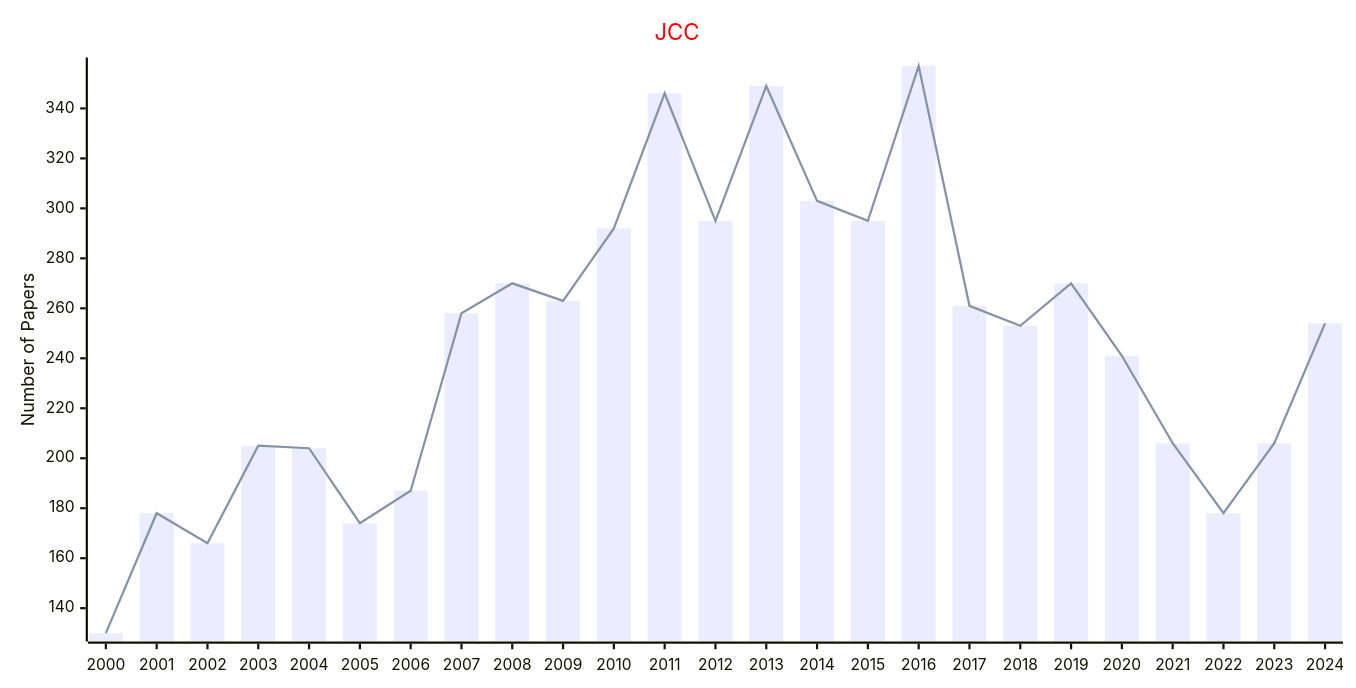
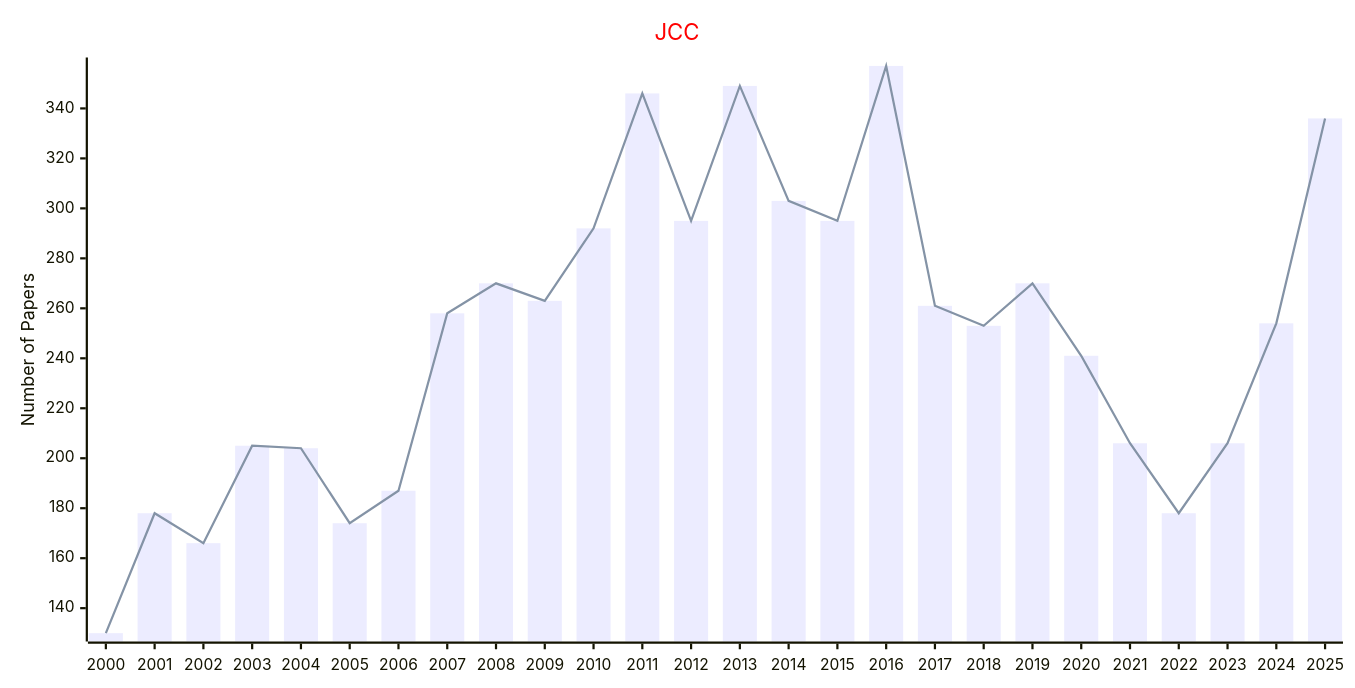
One commit to Easy-PhD/AILinks changed the diagram in docs/data/Journals/Statistics_Journals/Computational_Chemistry.md. Above: the diagram before and after it, drawn with Mermaid. The commit also changed 107 other files, not shown here.

````diff
--- a/docs/data/Journals/Statistics_Journals/Computational_Chemistry.md
+++ b/docs/data/Journals/Statistics_Journals/Computational_Chemistry.md
@@ -9,17 +9,17 @@
 ```mermaid
 ---
 config:
     xyChart:
         width: 1200
         height: 600
     themeVariables:
         xyChart:
             titleColor: "#ff0000"
 ---
 xychart-beta
     title "JCC"
-    x-axis [2000, 2001, 2002, 2003, 2004, 2005, 2006, 2007, 2008, 2009, 2010, 2011, 2012, 2013, 2014, 2015, 2016, 2017, 2018, 2019, 2020, 2021, 2022, 2023, 2024]
+    x-axis [2000, 2001, 2002, 2003, 2004, 2005, 2006, 2007, 2008, 2009, 2010, 2011, 2012, 2013, 2014, 2015, 2016, 2017, 2018, 2019, 2020, 2021, 2022, 2023, 2024, 2025]
     y-axis "Number of Papers"
-    bar [130, 178, 166, 205, 204, 174, 187, 258, 270, 263, 292, 346, 295, 349, 303, 295, 357, 261, 253, 270, 241, 206, 178, 206, 254]
-    line [130, 178, 166, 205, 204, 174, 187, 258, 270, 263, 292, 346, 295, 349, 303, 295, 357, 261, 253, 270, 241, 206, 178, 206, 254]
+    bar [130, 178, 166, 205, 204, 174, 187, 258, 270, 263, 292, 346, 295, 349, 303, 295, 357, 261, 253, 270, 241, 206, 178, 206, 254, 336]
+    line [130, 178, 166, 205, 204, 174, 187, 258, 270, 263, 292, 346, 295, 349, 303, 295, 357, 261, 253, 270, 241, 206, 178, 206, 254, 336]
 ```
````
